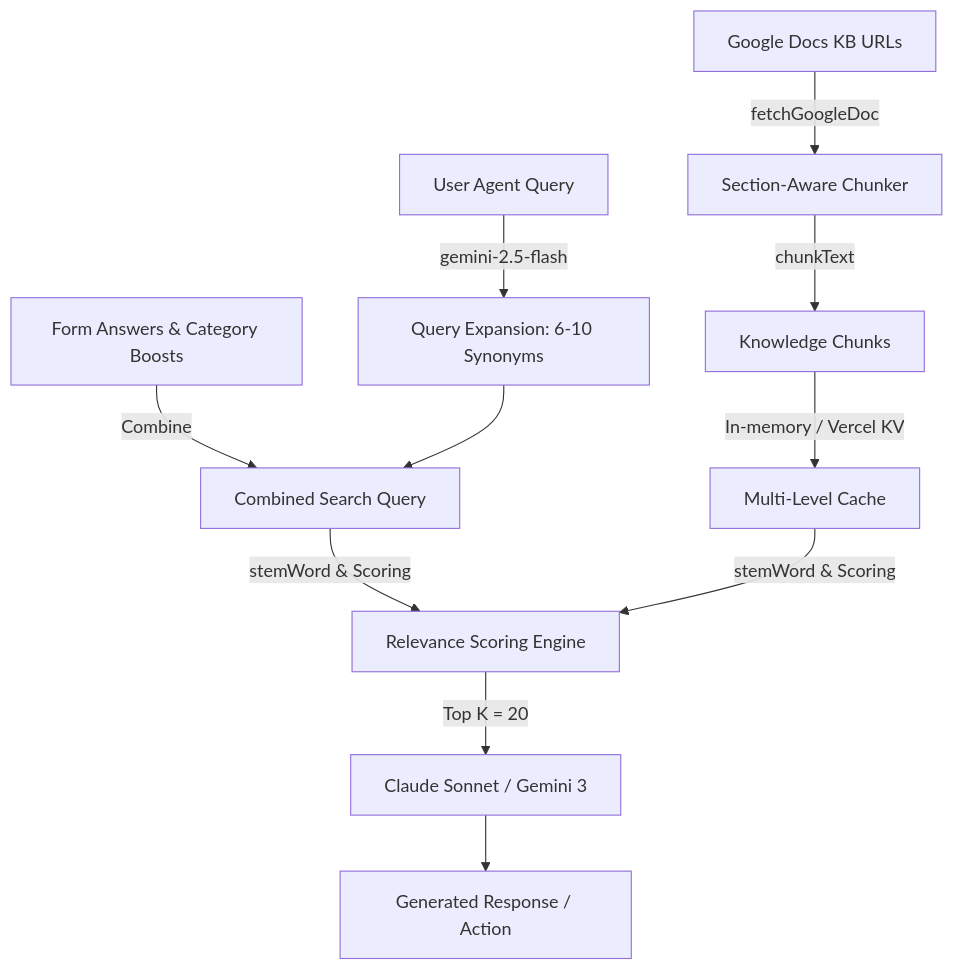
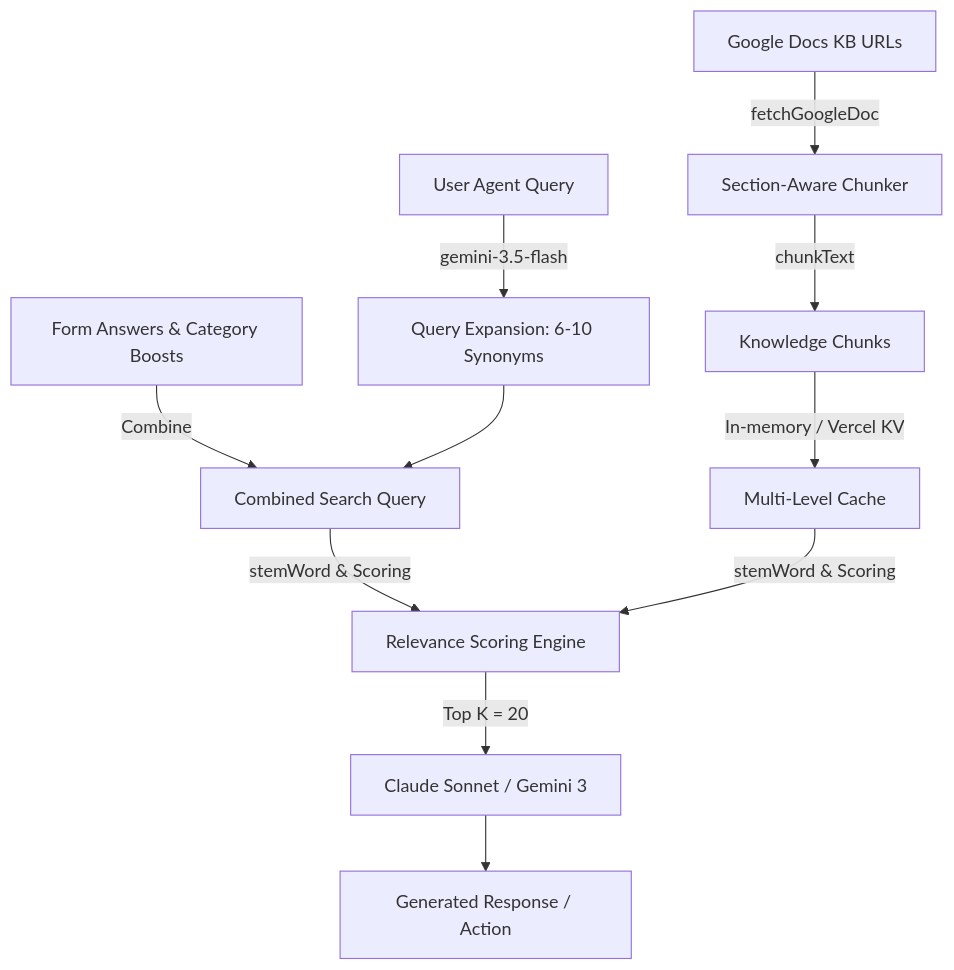
Before and after one commit to divyanshd-col/wint-ir-portal: the diagram in docs/RAG_ARCHITECTURE.md, drawn with Mermaid. The commit also changed other lines of this file and 51 other files, not shown here.

````diff
--- a/docs/RAG_ARCHITECTURE.md
+++ b/docs/RAG_ARCHITECTURE.md
@@ -11,14 +11,14 @@
 ```mermaid
 graph TD
     GD[Google Docs KB URLs] -->|fetchGoogleDoc| C[Section-Aware Chunker]
     C -->|chunkText| CH[Knowledge Chunks]
     CH -->|In-memory / Vercel KV| Cache[Multi-Level Cache]
     
-    UQ[User Agent Query] -->|gemini-2.5-flash| QE[Query Expansion: 6-10 Synonyms]
+    UQ[User Agent Query] -->|gemini-3.5-flash| QE[Query Expansion: 6-10 Synonyms]
     Form[Form Answers & Category Boosts] -->|Combine| SQ[Combined Search Query]
     QE --> SQ
     
     SQ & Cache -->|stemWord & Scoring| SE[Relevance Scoring Engine]
     SE -->|Top K = 20| LLM[Claude Sonnet / Gemini 3]
     LLM --> Answer[Generated Response / Action]
 ```
````
